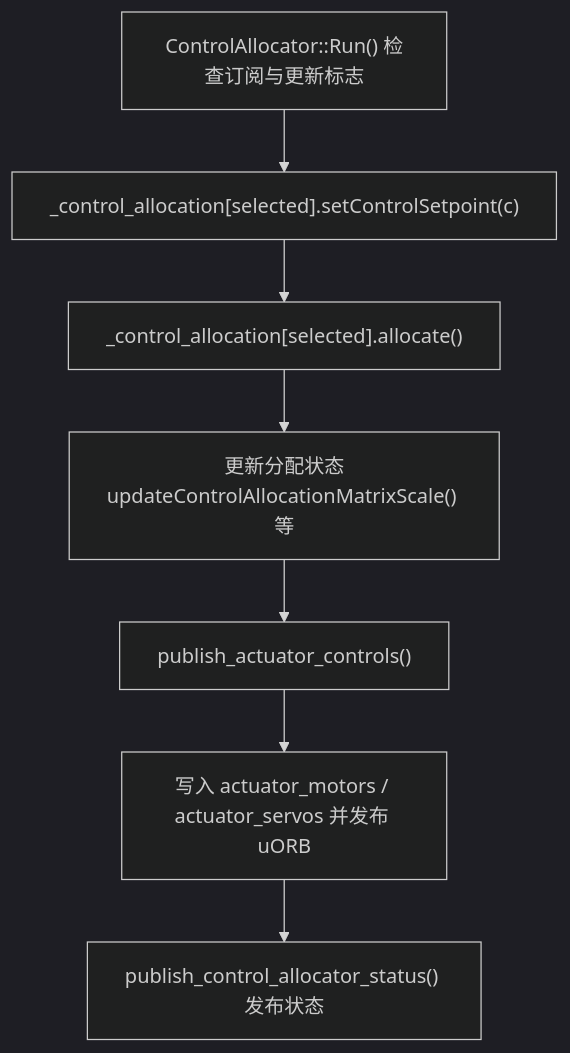
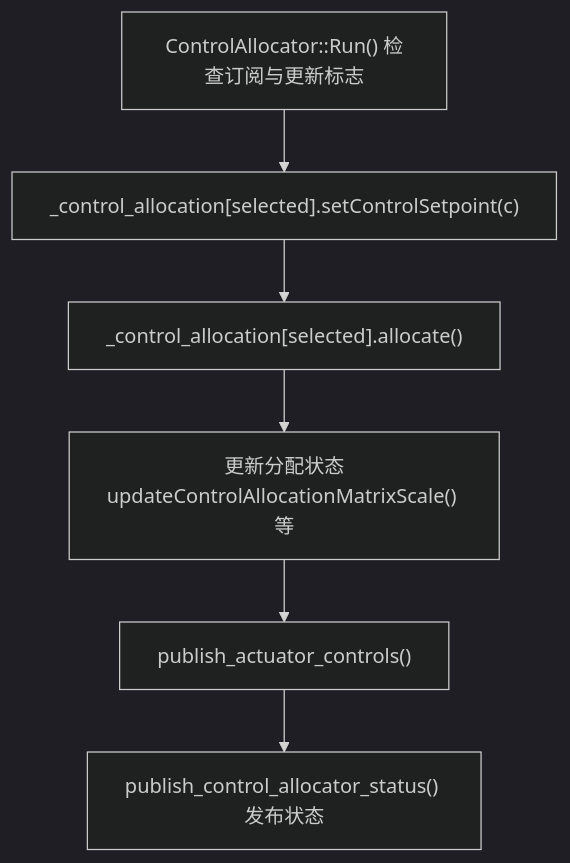
Before and after one commit to issaccheng2008/px4_v1.16: the second of 4 diagrams in 软件开发说明.md, drawn with Mermaid (dark theme). The commit also changed other lines of this file, not shown here.

````diff
--- a/软件开发说明.md
+++ b/软件开发说明.md
@@ -40,12 +40,10 @@
 ```mermaid
 flowchart TB
     C["ControlAllocator::Run() 检查订阅与更新标志"] --> D["_control_allocation[selected].setControlSetpoint(c)"]
     D --> E["_control_allocation[selected].allocate()"]
 
     E --> F["更新分配状态
 updateControlAllocationMatrixScale() 等"]
     F --> G["publish_actuator_controls()"]
-
-    G --> H["写入 actuator_motors / actuator_servos 并发布 uORB"]
-    H --> I["publish_control_allocator_status() 发布状态"]
+    G --> I["publish_control_allocator_status() 发布状态"]
 ```
````
